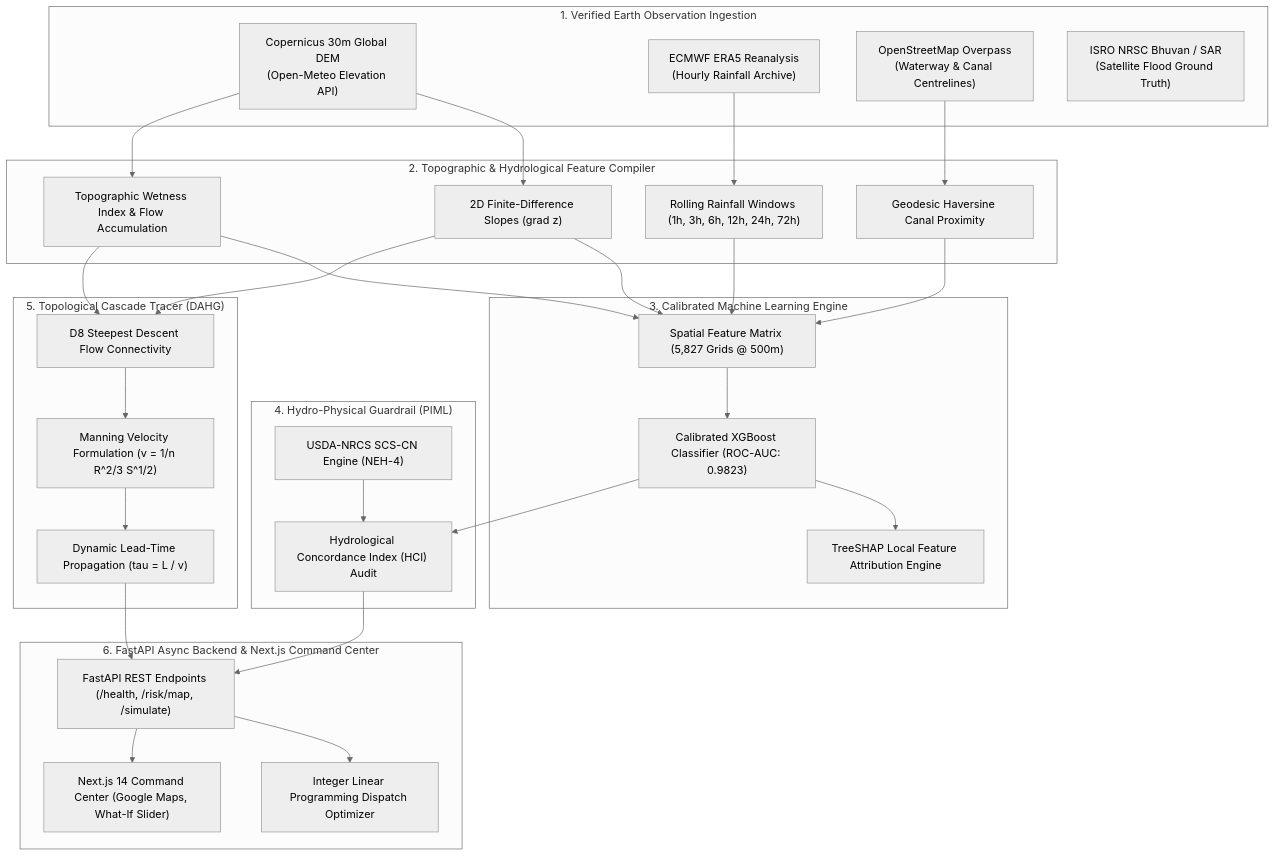
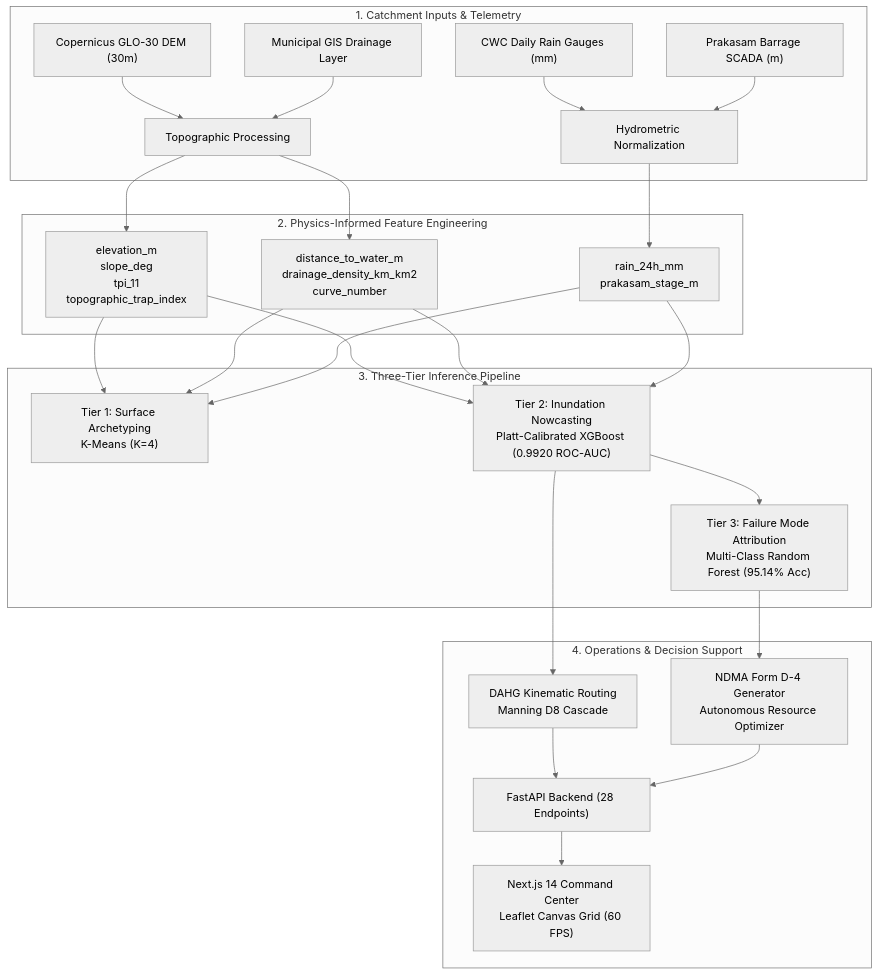
Before and after one commit to ggthedeveloper/DrainSenseAI: the diagram in README.md, drawn with Mermaid (neutral theme). The commit also changed other lines of this file and 29 other files, not shown here.

Commit message:
feat: update pipeline README, add one-command fullstack runner, and sync final report

````diff
--- a/README.md
+++ b/README.md
@@ -38,53 +42,28 @@
 ```mermaid
-flowchart TD
-    subgraph DataIngestion["1. Verified Earth Observation Ingestion"]
-        A1["Copernicus 30m Global DEM<br/>(Open-Meteo Elevation API)"]
-        A2["ECMWF ERA5 Reanalysis<br/>(Hourly Rainfall Archive)"]
-        A3["OpenStreetMap Overpass<br/>(Waterway & Canal Centrelines)"]
-        A4["ISRO NRSC Bhuvan / SAR<br/>(Satellite Flood Ground Truth)"]
+graph TD
+    subgraph Data_Inputs ["1. Catchment Inputs & Telemetry"]
+        A1["Copernicus GLO-30 DEM (30m)"] --> B1["Topographic Processing"]
+        A2["CWC Daily Rain Gauges (mm)"] --> B2["Hydrometric Normalization"]
+        A3["Prakasam Barrage SCADA (m)"] --> B2
+        A4["Municipal GIS Drainage Layer"] --> B1
     end
 
-    subgraph FeatureEngineering["2. Topographic & Hydrological Feature Compiler"]
-        B1["2D Finite-Difference Slopes (grad z)"]
-        B2["Topographic Wetness Index & Flow Accumulation"]
-        B3["Geodesic Haversine Canal Proximity"]
-        B4["Rolling Rainfall Windows (1h, 3h, 6h, 12h, 24h, 72h)"]
-        A1 --> B1
-        A1 --> B2
-        A3 --> B3
-        A2 --> B4
+    subgraph Feature_Engineering ["2. Physics-Informed Feature Engineering"]
+        B1 --> C1["elevation_m<br/>slope_deg<br/>tpi_11<br/>topographic_trap_index"]
+        B1 --> C2["distance_to_water_m<br/>drainage_density_km_km2<br/>curve_number"]
+        B2 --> C3["rain_24h_mm<br/>prakasam_stage_m"]
     end
 
-    subgraph CoreML["3. Calibrated Machine Learning Engine"]
-        C1["Spatial Feature Matrix (5,827 Grids @ 500m)"]
-        C2["Calibrated XGBoost Classifier (ROC-AUC: 0.9823)"]
-        C3["TreeSHAP Local Feature Attribution Engine"]
-        B1 & B2 & B3 & B4 --> C1
-        C1 --> C2
-        C2 --> C3
+    subgraph Three_Tier_ML ["3. Three-Tier Inference Pipeline"]
+        C1 & C2 & C3 --> T1["Tier 1: Surface Archetyping<br/>K-Means (K=4)"]
+        C1 & C2 & C3 --> T2["Tier 2: Inundation Nowcasting<br/>Platt-Calibrated XGBoost (0.9920 ROC-AUC)"]
+        T2 --> T3["Tier 3: Failure Mode Attribution<br/>Multi-Class Random Forest (95.14% Acc)"]
     end
 
-    subgraph PhysicsAudit["4. Hydro-Physical Guardrail (PIML)"]
-        D1["USDA-NRCS SCS-CN Engine (NEH-4)"]
-        D2["Hydrological Concordance Index (HCI) Audit"]
-        C2 --> D2
-        D1 --> D2
-    end
-
-    subgraph CascadeTracer["5. Topological Cascade Tracer (DAHG)"]
-        E1["D8 Steepest Descent Flow Connectivity"]
-        E2["Manning Velocity Formulation (v = 1/n R^2/3 S^1/2)"]
-        E3["Dynamic Lead-Time Propagation (tau = L / v)"]
-        B1 & B2 --> E1
-        E1 --> E2 --> E3
-    end
-
-    subgraph Serving["6. FastAPI Async Backend & Next.js Command Center"]
-        F1["FastAPI REST Endpoints (/health, /risk/map, /simulate)"]
-        F2["Integer Linear Programming Dispatch Optimizer"]
-        F3["Next.js 14 Command Center (Google Maps, What-If Slider)"]
-        D2 & E3 --> F1
-        F1 --> F2
-        F1 --> F3
+    subgraph Operational_Core ["4. Operations & Decision Support"]
+        T2 --> H1["DAHG Kinematic Routing<br/>Manning D8 Cascade"]
+        T3 --> H2["NDMA Form D-4 Generator<br/>Autonomous Resource Optimizer"]
+        H1 & H2 --> API["FastAPI Backend (28 Endpoints)"]
+        API --> UI["Next.js 14 Command Center<br/>Leaflet Canvas Grid (60 FPS)"]
     end
 ```
````
